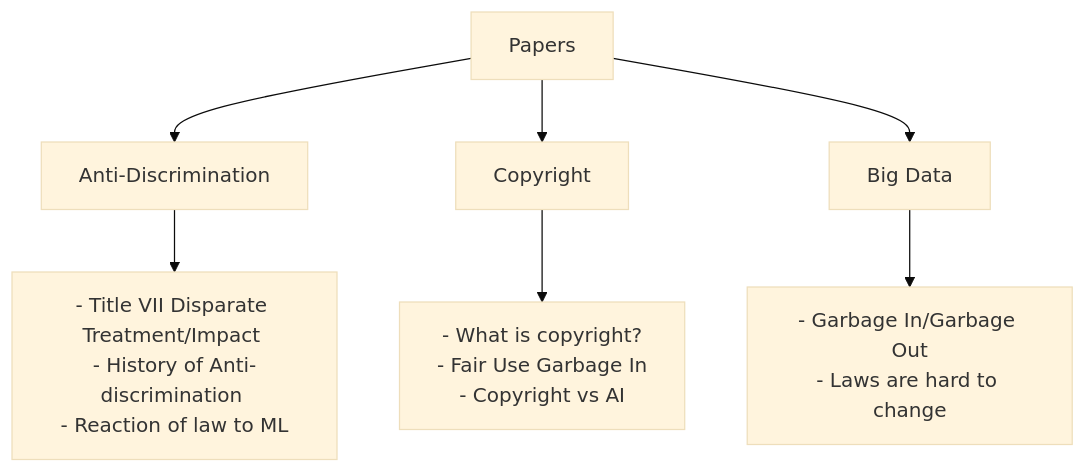
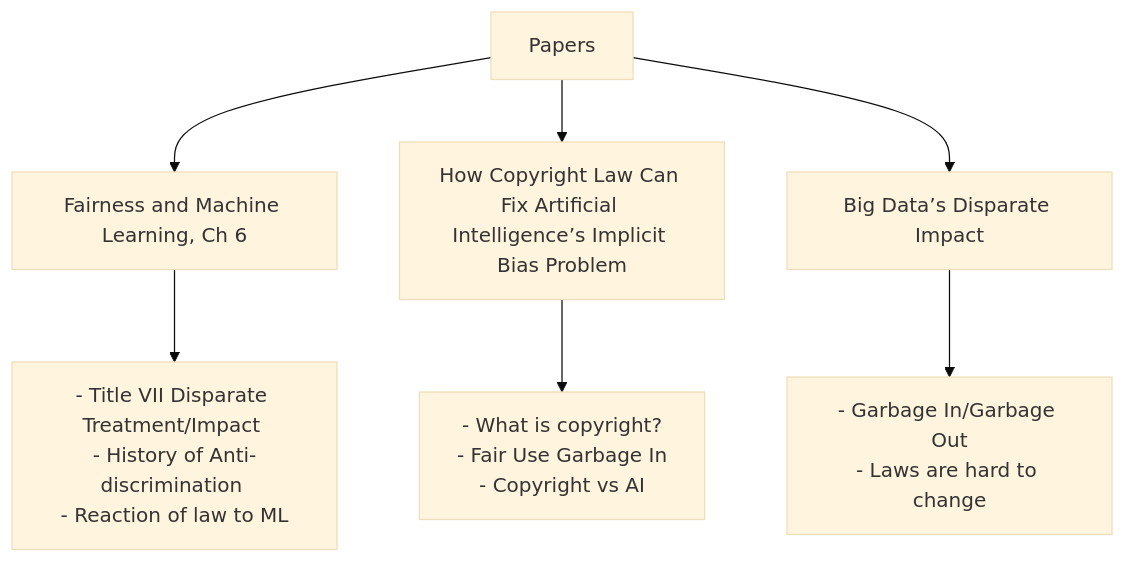
Before and after one commit to uva-responsibleai/fall-24: the diagram in fairness/feb-21.md, drawn with Mermaid (base theme). The commit also changed other lines of this file, not shown here.

````diff
--- a/fairness/feb-21.md
+++ b/fairness/feb-21.md
@@ -5,9 +5,9 @@
 ```mermaid
 flowchart TD;
-    A[Papers] -->B[Anti-Discrimination];
-    A-->C[Copyright];
-    A-->D[Big Data];
+    A[Papers] -->B[Fairness and Machine Learning, Ch 6];
+    A-->C[How Copyright Law Can Fix Artificial Intelligence’s Implicit Bias Problem];
+    A-->D[Big Data’s Disparate Impact];
     B-->E[- Title VII Disparate Treatment/Impact <br>- History of Anti-discrimination <br>- Reaction of law to ML];
     C-->F[- What is copyright? <br>- Fair Use Garbage In<br>- Copyright vs AI];
     D-->G[- Garbage In/Garbage Out<br>- Laws are hard to change];
 ```
````
